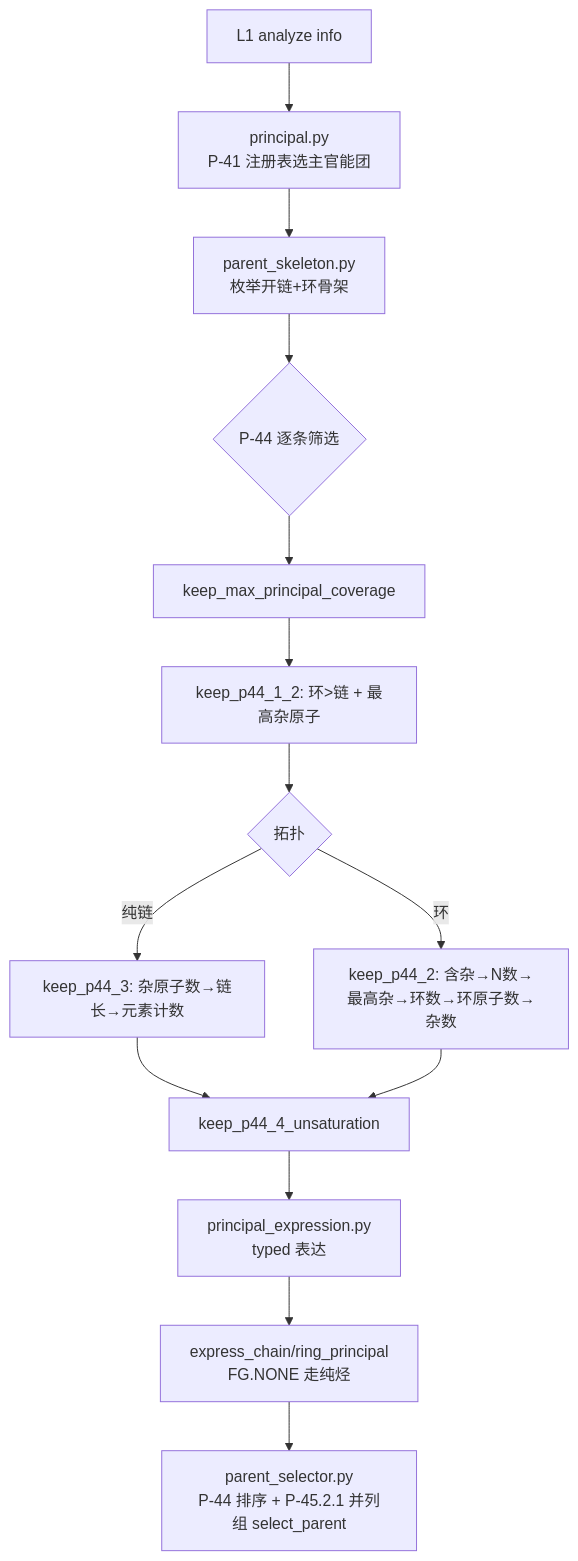
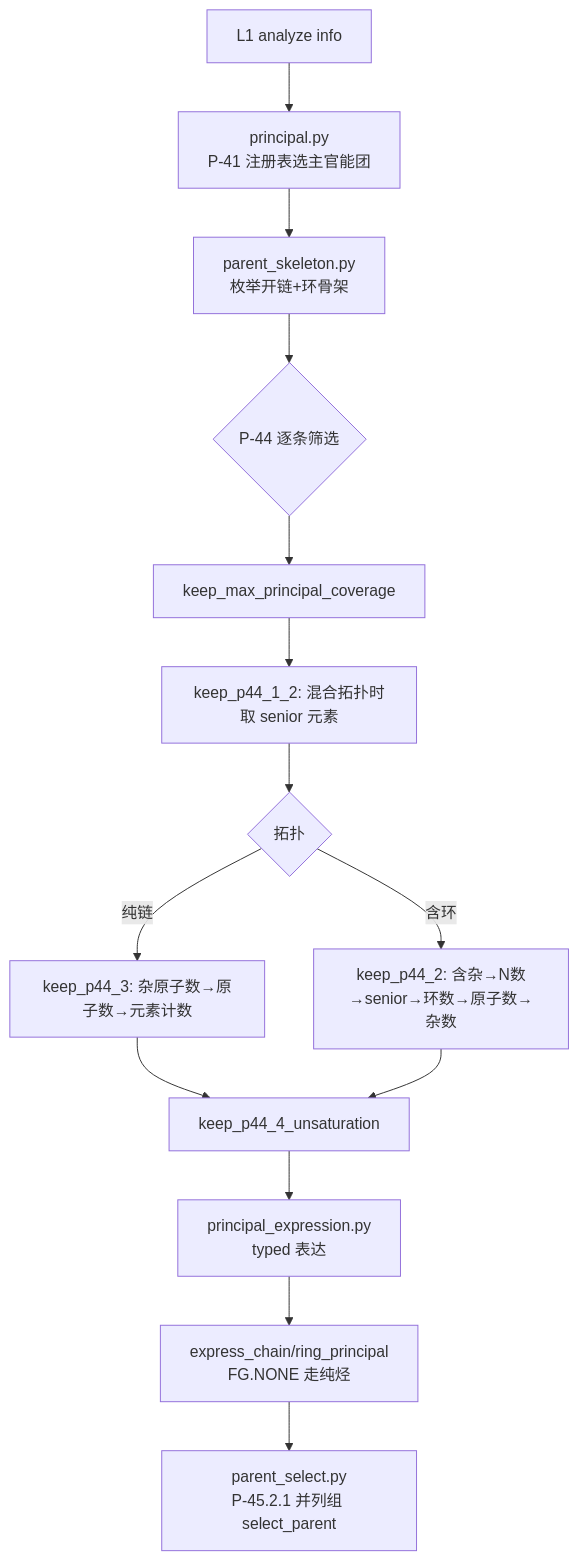
Before and after one commit to zouxiaofei1/OpenSMILES: the second of 4 diagrams in docs/wiki/architecture/layer2-parent-selector.md, drawn with Mermaid. The commit also changed other lines of this file and 20 other files, not shown here.

````diff
--- a/docs/wiki/architecture/layer2-parent-selector.md
+++ b/docs/wiki/architecture/layer2-parent-selector.md
@@ -53,16 +78,16 @@
 ```mermaid
 flowchart TD
     A[L1 analyze info] --> B[principal.py<br/>P-41 注册表选主官能团]
     B --> C[parent_skeleton.py<br/>枚举开链+环骨架]
     C --> D{P-44 逐条筛选}
     D --> D1[keep_max_principal_coverage]
-    D1 --> D2[keep_p44_1_2: 环>链 + 最高杂原子]
+    D1 --> D2[keep_p44_1_2: 混合拓扑时取 senior 元素]
     D2 --> D3{拓扑}
-    D3 -->|纯链| D4[keep_p44_3: 杂原子数→链长→元素计数]
-    D3 -->|环| D5[keep_p44_2: 含杂→N数→最高杂→环数→环原子数→杂数]
+    D3 -->|纯链| D4[keep_p44_3: 杂原子数→原子数→元素计数]
+    D3 -->|含环| D5[keep_p44_2: 含杂→N数→senior→环数→原子数→杂数]
     D4 --> D6[keep_p44_4_unsaturation]
     D5 --> D6
     D6 --> E[principal_expression.py<br/>typed 表达]
     E --> F[express_chain/ring_principal<br/>FG.NONE 走纯烃]
-    F --> G[parent_selector.py<br/>P-44 排序 + P-45.2.1 并列组 select_parent]
+    F --> G[parent_select.py<br/>P-45.2.1 并列组 select_parent]
 ```
````
